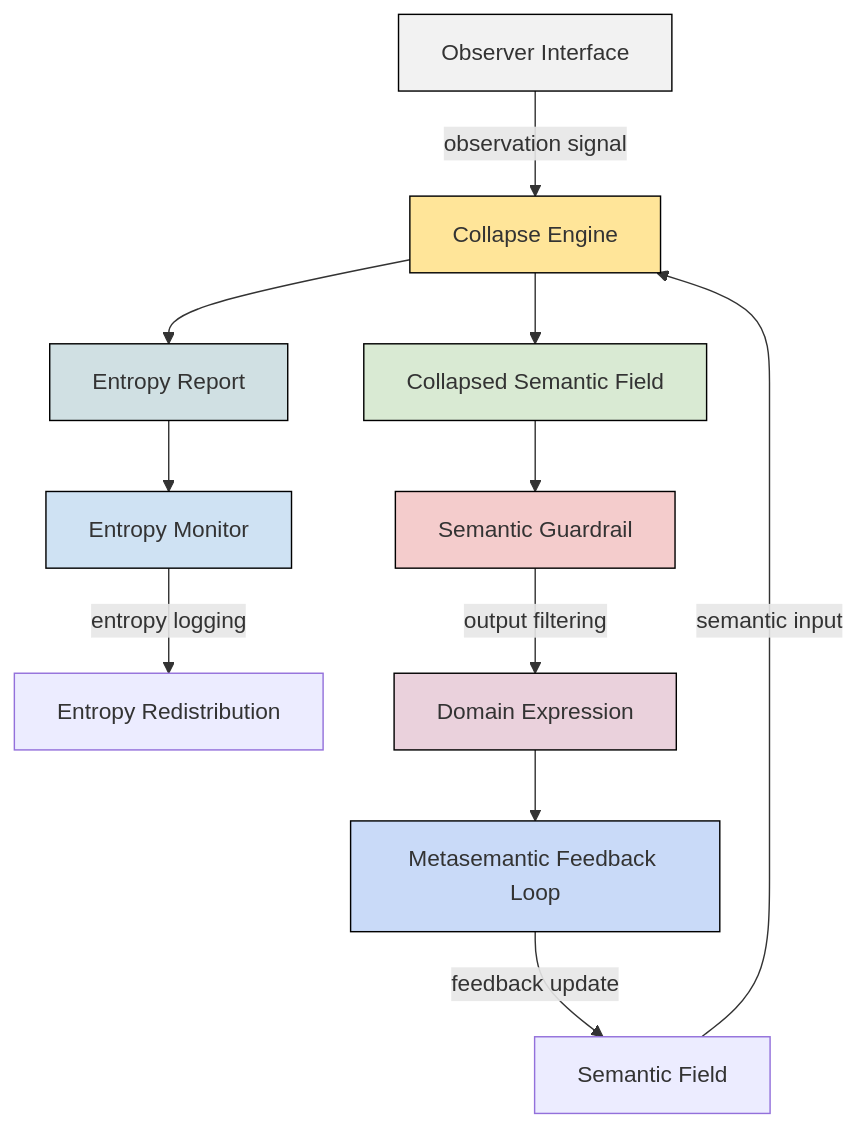
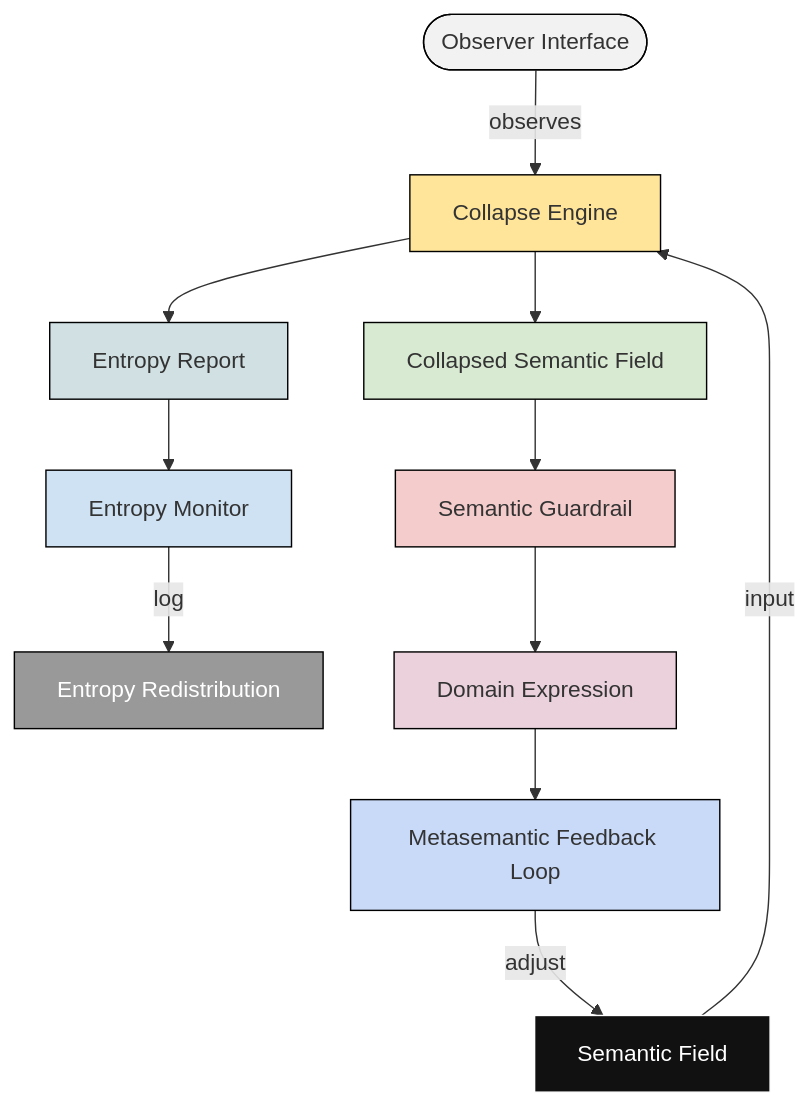
The diagram in note/semantic_entropy_collapse_engine.md (yshengliao/yshengliao), drawn with Mermaid before and after one commit.

Commit message:
Update semantic_entropy_collapse_engine.md
fix: idontknowwhat

````diff
--- a/note/semantic_entropy_collapse_engine.md
+++ b/note/semantic_entropy_collapse_engine.md
@@ -9,24 +9,30 @@
 ```mermaid
-graph TD
-    O[Observer Interface] -->|observation signal| C[Collapse Engine]
-    SF[Semantic Field] -->|semantic input| C
+flowchart TD
+    START([Observer Interface])
+    START -->|observes| C[Collapse Engine]
+    SF[Semantic Field] -->|input| C
+
     C --> SC[Collapsed Semantic Field]
     C --> ER[Entropy Report]
+
     ER --> EM[Entropy Monitor]
-    EM -->|entropy logging| ENV[Entropy Redistribution]
+    EM -->|log| ENV[Entropy Redistribution]
 
     SC --> SG[Semantic Guardrail]
-    SG -->|output filtering| OUT[Domain Expression]
+    SG --> OUT[Domain Expression]
 
     OUT --> MF[Metasemantic Feedback Loop]
-    MF -->|feedback update| SF
+    MF -->|adjust| SF
 
-    style O fill:#f2f2f2,stroke:#000,stroke-width:1px
+    %% Styling
+    style START fill:#f2f2f2,stroke:#000,stroke-width:1px
     style C fill:#ffe599,stroke:#000,stroke-width:1px
+    style SF fill:#111111,color:#fff,stroke:#fff,stroke-width:1px
     style SC fill:#d9ead3,stroke:#000,stroke-width:1px
     style ER fill:#d0e0e3,stroke:#000,stroke-width:1px
     style EM fill:#cfe2f3,stroke:#000,stroke-width:1px
+    style ENV fill:#999999,color:#fff,stroke:#000,stroke-width:1px
     style SG fill:#f4cccc,stroke:#000,stroke-width:1px
     style OUT fill:#ead1dc,stroke:#000,stroke-width:1px
     style MF fill:#c9daf8,stroke:#000,stroke-width:1px
 ```
````
